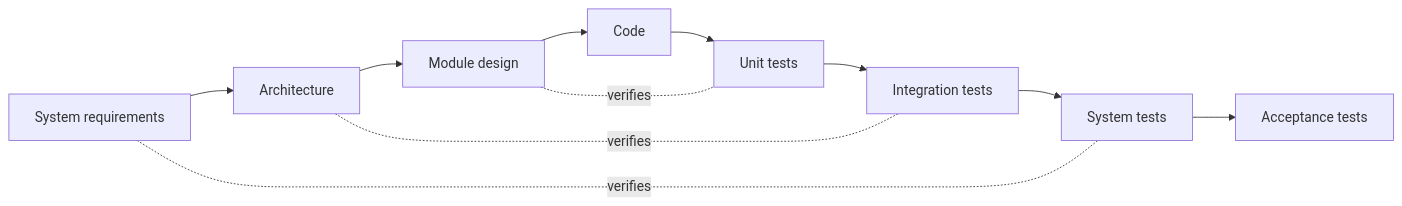
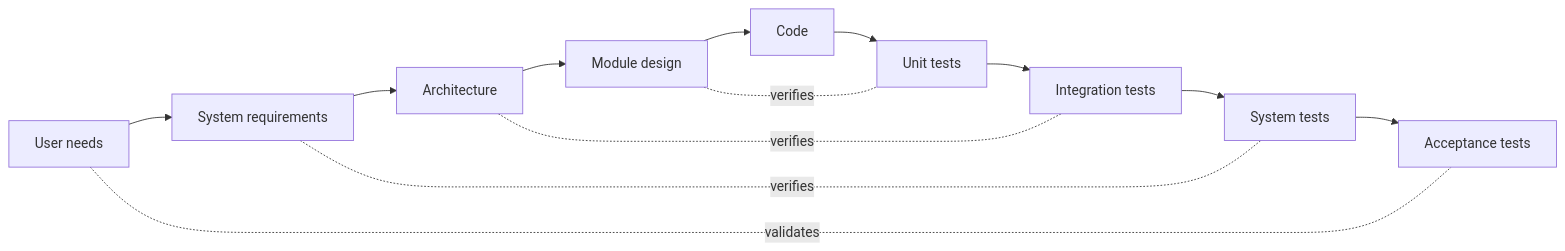
The diagram in courses/05-programming-for-engineers/chapters/05-09-software-engineering-practices.md (FrankHuang94/EE_database_claude), drawn with Mermaid before and after one commit. The commit also changed other lines of this file and 31 other files, not shown here.

````diff
--- a/courses/05-programming-for-engineers/chapters/05-09-software-engineering-practices.md
+++ b/courses/05-programming-for-engineers/chapters/05-09-software-engineering-practices.md
@@ -63,13 +63,15 @@
 ```mermaid
 flowchart LR
-    R["System requirements"] --> A["Architecture"]
+    N["User needs"] --> R["System requirements"]
+    R --> A["Architecture"]
     A --> D["Module design"]
     D --> C["Code"]
     C --> U["Unit tests"]
     U --> I["Integration tests"]
     I --> S["System tests"]
     S --> AT["Acceptance tests"]
     D -.verifies.- U
     A -.verifies.- I
     R -.verifies.- S
+    N -.validates.- AT
 ```
````
